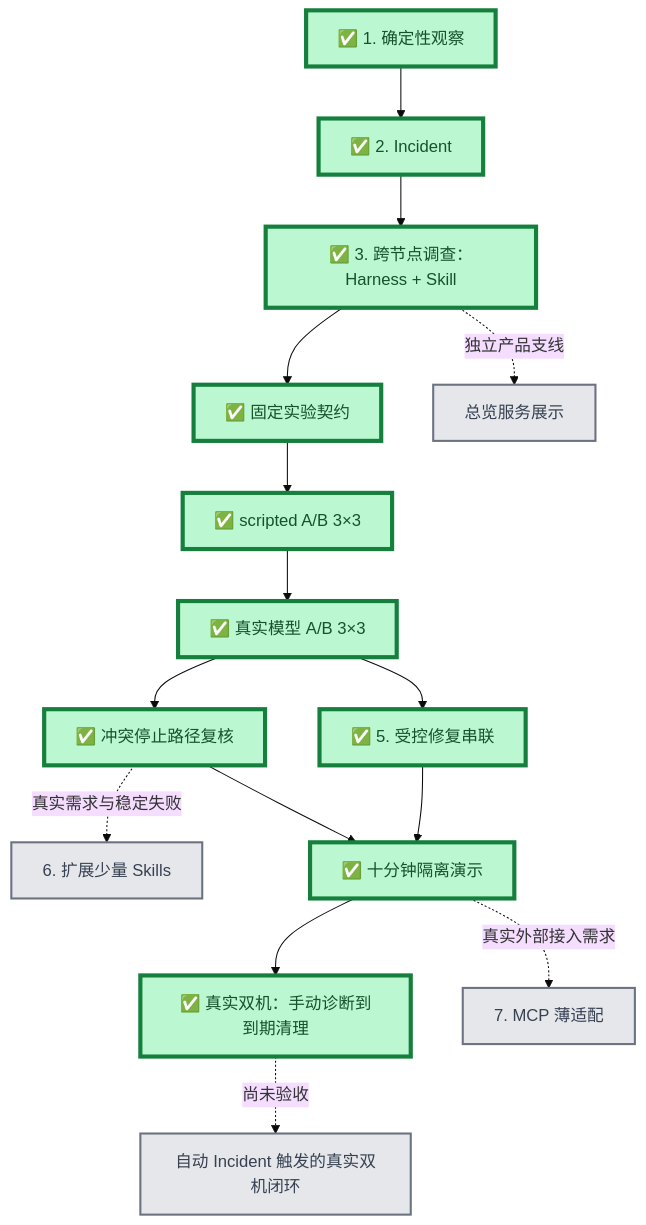
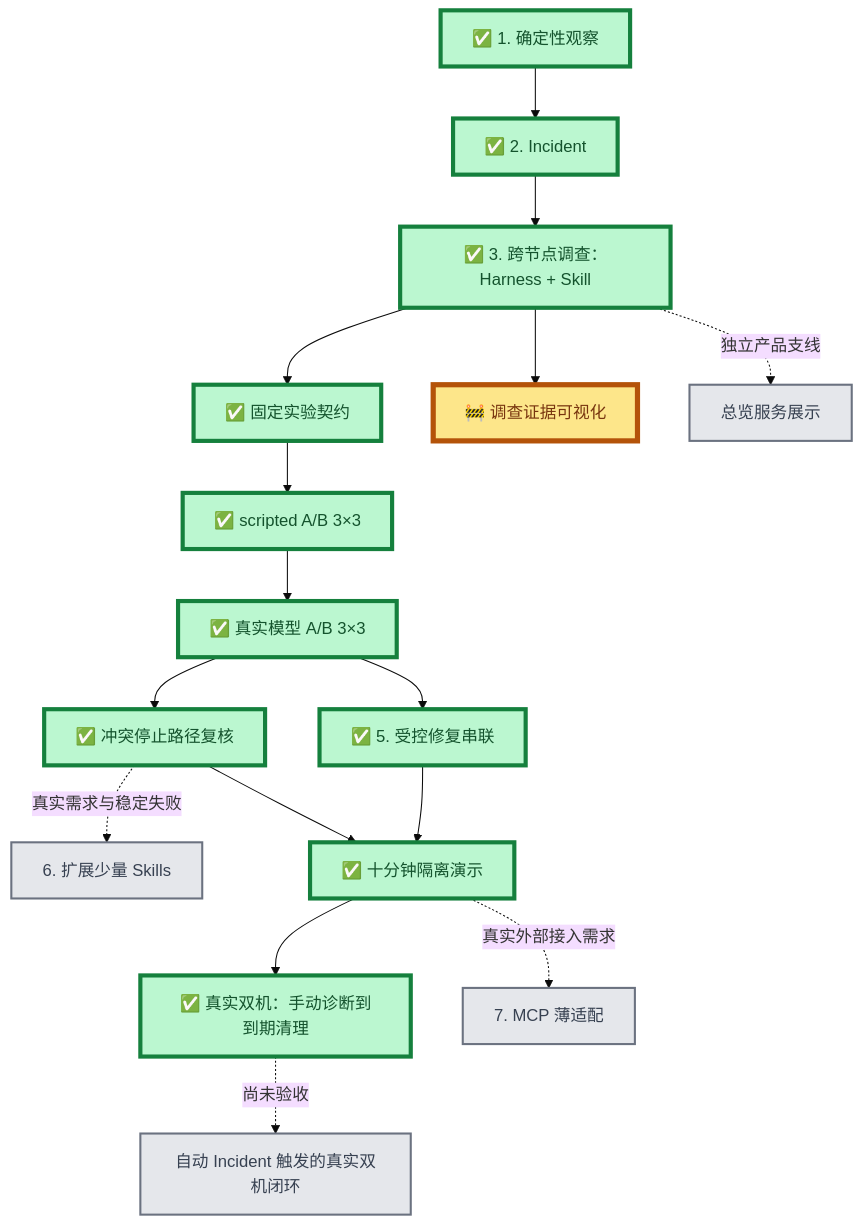
The first of 2 diagrams in docs/project/roadmap.md (Sugarfarmeriod/TunnelMinion), drawn with Mermaid (base theme) before and after one commit. The commit also changed other lines of this file and 8 other files, not shown here.

````diff
--- a/docs/project/roadmap.md
+++ b/docs/project/roadmap.md
@@ -8,27 +8,29 @@
 ```mermaid
 flowchart TB
     A["✅ 1. 确定性观察"] --> B["✅ 2. Incident"]
     B --> C["✅ 3. 跨节点调查：Harness + Skill"]
 
     C --> D1["✅ 固定实验契约"]
     D1 --> D2["✅ scripted A/B 3×3"]
     D2 --> D3["✅ 真实模型 A/B 3×3"]
 
     D3 --> E["✅ 5. 受控修复串联"]
+    C --> V["🚧 调查证据可视化"]
     D3 --> F["✅ 冲突停止路径复核"]
     F -.真实需求与稳定失败.-> K["6. 扩展少量 Skills"]
     E --> H["✅ 十分钟隔离演示"]
     F --> H
     H --> R["✅ 真实双机：手动诊断到到期清理"]
     R -.尚未验收.-> I["自动 Incident 触发的真实双机闭环"]
     H -.真实外部接入需求.-> G["7. MCP 薄适配"]
 
     C -.独立产品支线.-> U["总览服务展示"]
 
     classDef done fill:#bbf7d0,stroke:#15803d,stroke-width:4px,color:#14532d;
     classDef current fill:#fde68a,stroke:#b45309,stroke-width:5px,color:#78350f;
     classDef next fill:#bfdbfe,stroke:#1d4ed8,stroke-width:3px,color:#1e3a8a;
     classDef later fill:#e5e7eb,stroke:#6b7280,stroke-width:2px,color:#374151;
     class A,B,C,D1,D2,D3,E,F,H,R done;
+    class V current;
     class G,U,K,I later;
 ```
````
